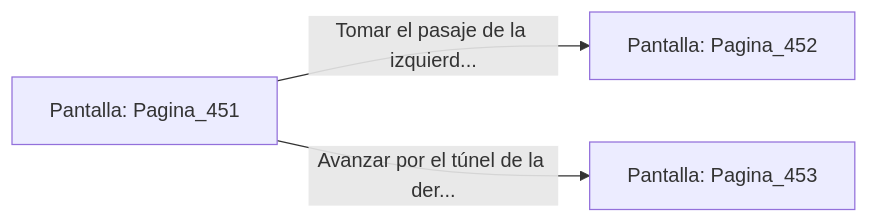
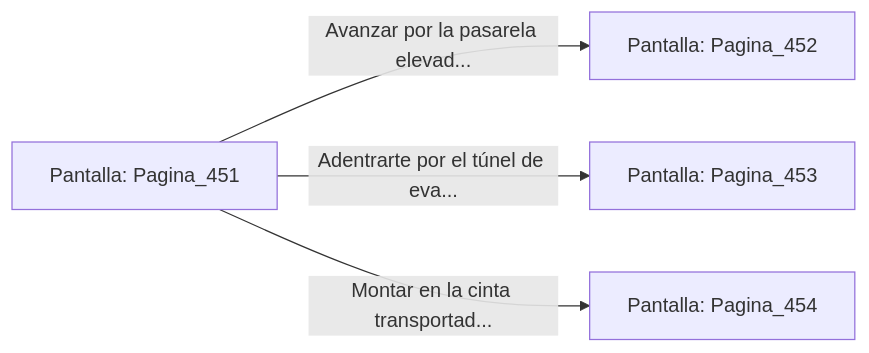
Before and after one commit to metsuke/mpl: the diagram in sample/eligejuego-vault/Pantalla_Pagina_451.md, drawn with Mermaid. The commit also changed other lines of this file and 635 other files, not shown here.

First line of the commit message:
fix: añadir Pagina_1 como pantalla inicial en capitulo_01.mpl

````diff
--- a/sample/eligejuego-vault/Pantalla_Pagina_451.md
+++ b/sample/eligejuego-vault/Pantalla_Pagina_451.md
@@ -20,6 +27,7 @@
 ```mermaid
 graph LR
     P_Pagina_451["Pantalla: Pagina_451"]
-    P_Pagina_451 -->|"Tomar el pasaje de la izquierd..."| P_Pagina_452["Pantalla: Pagina_452"]
-    P_Pagina_451 -->|"Avanzar por el túnel de la der..."| P_Pagina_453["Pantalla: Pagina_453"]
+    P_Pagina_451 -->|"Avanzar por la pasarela elevad..."| P_Pagina_452["Pantalla: Pagina_452"]
+    P_Pagina_451 -->|"Adentrarte por el túnel de eva..."| P_Pagina_453["Pantalla: Pagina_453"]
+    P_Pagina_451 -->|"Montar en la cinta transportad..."| P_Pagina_454["Pantalla: Pagina_454"]
 ```
````
